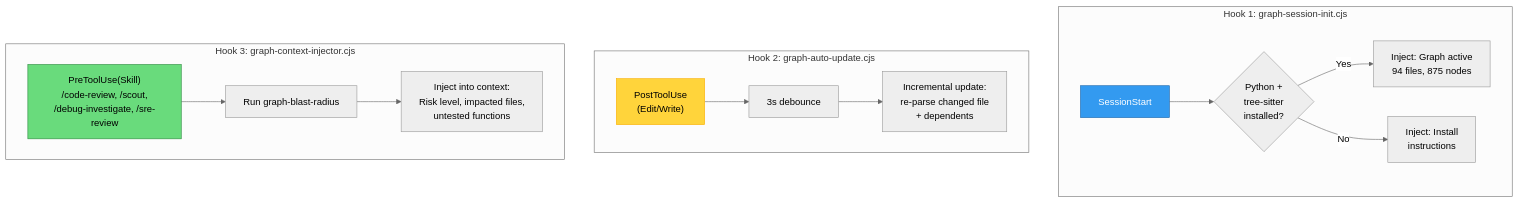
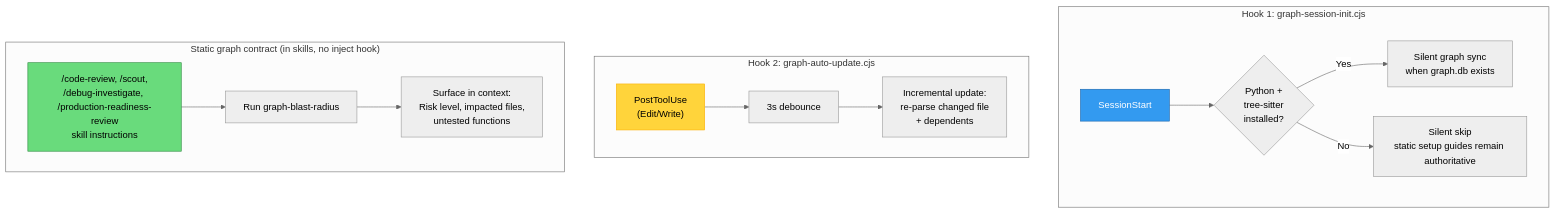
Diagram 17 of 20 in .claude/docs/claude-ai-agent-framework-guide.md (duc01226/EasyPlatform), drawn with Mermaid (neutral theme) before and after one commit. The commit also changed other lines of this file and 1280 other files, not shown here.

````diff
--- a/.claude/docs/claude-ai-agent-framework-guide.md
+++ b/.claude/docs/claude-ai-agent-framework-guide.md
@@ -2979,22 +2915,22 @@
 ```mermaid
 graph TB
     subgraph "Hook 1: graph-session-init.cjs"
         SE["SessionStart"] --> CHK{"Python +<br/>tree-sitter<br/>installed?"}
-        CHK -->|Yes| STAT["Inject: Graph active<br/>94 files, 875 nodes"]
-        CHK -->|No| GUIDE["Inject: Install<br/>instructions"]
+        CHK -->|Yes| STAT["Silent graph sync<br/>when graph.db exists"]
+        CHK -->|No| GUIDE["Silent skip<br/>static setup guides remain authoritative"]
     end
 
     subgraph "Hook 2: graph-auto-update.cjs"
         EDIT["PostToolUse<br/>(Edit/Write)"] --> DEB["3s debounce"]
         DEB --> INC["Incremental update:<br/>re-parse changed file<br/>+ dependents"]
     end
 
-    subgraph "Hook 3: graph-context-injector.cjs"
-        SKILL["PreToolUse(Skill)<br/>/code-review, /scout,<br/>/debug-investigate, /sre-review"] --> BR["Run graph-blast-radius"]
-        BR --> INJ["Inject into context:<br/>Risk level, impacted files,<br/>untested functions"]
+    subgraph "Static graph contract (in skills, no inject hook)"
+        SKILL["/code-review, /scout,<br/>/debug-investigate, /production-readiness-review<br/>skill instructions"] --> BR["Run graph-blast-radius"]
+        BR --> INJ["Surface in context:<br/>Risk level, impacted files,<br/>untested functions"]
     end
 
     style SE fill:#339af0,stroke:#1864ab,color:#fff
     style EDIT fill:#ffd43b,stroke:#fab005
     style SKILL fill:#69db7c,stroke:#2b8a3e
 ```
````
